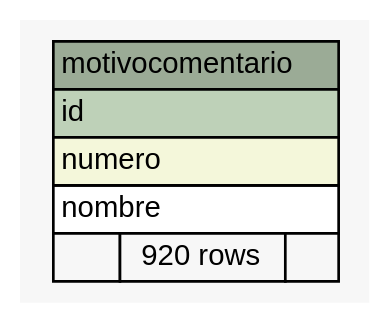
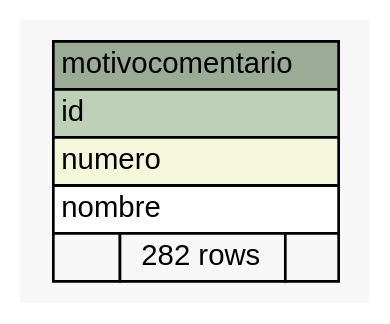
Before and after one commit to diegopablomansilla/massoftware_front: the diagram in postgresql/schemaSpy/salida/diagrams/summary/motivocomentario.1degree.dot, drawn with Graphviz. The commit also changed 298 other files, not shown here.

```diff
--- a/postgresql/schemaSpy/salida/diagrams/summary/motivocomentario.1degree.dot
+++ b/postgresql/schemaSpy/salida/diagrams/summary/motivocomentario.1degree.dot
@@ -1,32 +1,32 @@
 // dot 2.2.1 on Windows 10 10.0
 // SchemaSpy rev 590
 digraph "motivocomentario" {
   graph [
     rankdir="RL"
     bgcolor="#f7f7f7"
     nodesep="0.18"
     ranksep="0.46"
     fontname="Helvetica"
     fontsize="11"
   ];
   node [
     fontname="Helvetica"
     fontsize="11"
     shape="plaintext"
   ];
   edge [
     arrowsize="0.8"
   ];
   "motivocomentario" [
     label=<
     <TABLE BORDER="0" CELLBORDER="1" CELLSPACING="0" BGCOLOR="#ffffff">
       <TR><TD COLSPAN="3" BGCOLOR="#9bab96" ALIGN="CENTER">motivocomentario</TD></TR>
       <TR><TD PORT="id" COLSPAN="3" BGCOLOR="#bed1b8" ALIGN="LEFT">id</TD></TR>
       <TR><TD PORT="numero" COLSPAN="3" BGCOLOR="#f4f7da" ALIGN="LEFT">numero</TD></TR>
       <TR><TD PORT="nombre" COLSPAN="3" ALIGN="LEFT">nombre</TD></TR>
-      <TR><TD ALIGN="LEFT" BGCOLOR="#f7f7f7">  </TD><TD ALIGN="RIGHT" BGCOLOR="#f7f7f7">920 rows</TD><TD ALIGN="RIGHT" BGCOLOR="#f7f7f7">  </TD></TR>
+      <TR><TD ALIGN="LEFT" BGCOLOR="#f7f7f7">  </TD><TD ALIGN="RIGHT" BGCOLOR="#f7f7f7">282 rows</TD><TD ALIGN="RIGHT" BGCOLOR="#f7f7f7">  </TD></TR>
     </TABLE>>
     URL="tables/motivocomentario.html"
     tooltip="motivocomentario"
   ];
 }
```
